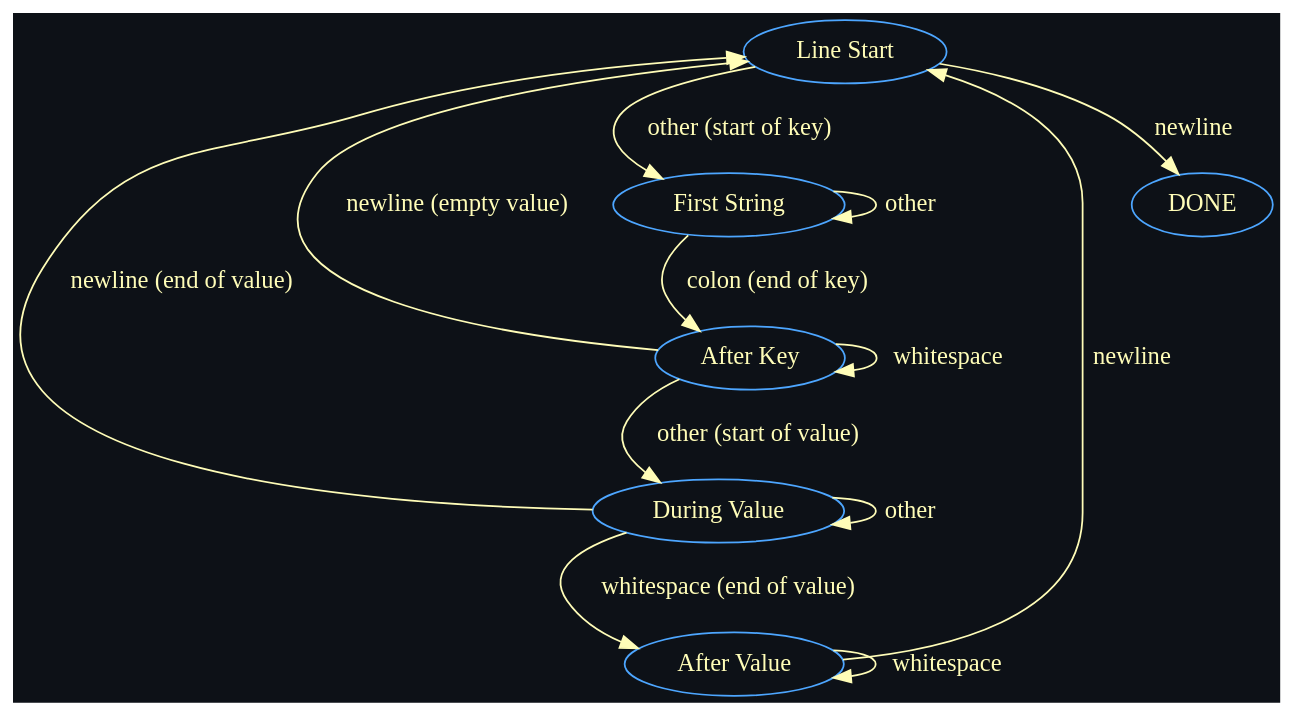
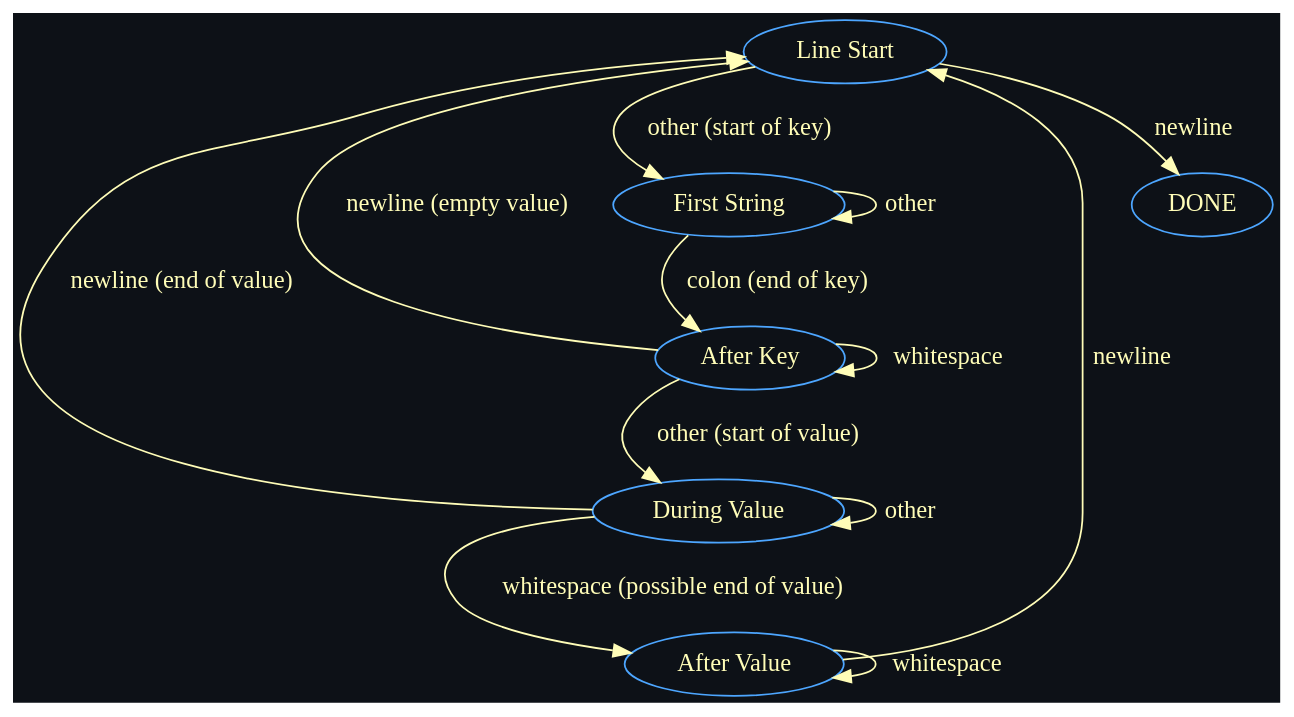
The diagram in header-parser-state-machine.dot (felipeasimos/minhttp), drawn with Graphviz before and after one commit. The commit also changed 3 other files, not shown here.

```diff
--- a/header-parser-state-machine.dot
+++ b/header-parser-state-machine.dot
@@ -1,20 +1,20 @@
 digraph HeaderParser {
   node [group=main, color="#4DA6FF", fontcolor="#FFFDB8"];
   edge [style=invis, weight=100, overlap=0, constraint=true, fontcolor="#FFFDB8", color="#FFFDB8"];
   graph [layout=dot, fontcolor="#FFFDB8", bgcolor="#0d1117"];
   "Line Start" -> "First String":e -> "After Key":e -> "During Value":e -> "After Value":e [style=invisible, arrowhead=none];
   edge [style=solid, weight=1, overlap=scale, constraint=true];
 
   "Line Start" -> "DONE" [label="newline"];
   "Line Start" -> "First String" [label="other (start of key)"];
   "First String" -> "First String" [label="other"];
   "First String" -> "After Key" [label="colon (end of key)"];
   "After Key" -> "Line Start" [label="newline (empty value)"];
   "After Key" -> "After Key" [label="whitespace"];
   "After Key" -> "During Value" [label="other (start of value)"];
   "During Value" -> "Line Start" [label="newline (end of value)"];
   "During Value" -> "During Value" [label="other"];
-  "During Value" -> "After Value" [label="whitespace (end of value)"];
+  "During Value" -> "After Value" [label="whitespace (possible end of value)"];
   "After Value" -> "After Value" [label="whitespace"];
   "After Value" -> "Line Start" [label="newline"];
 }
```
